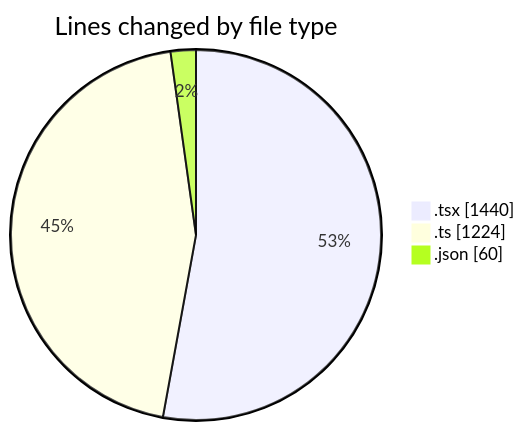
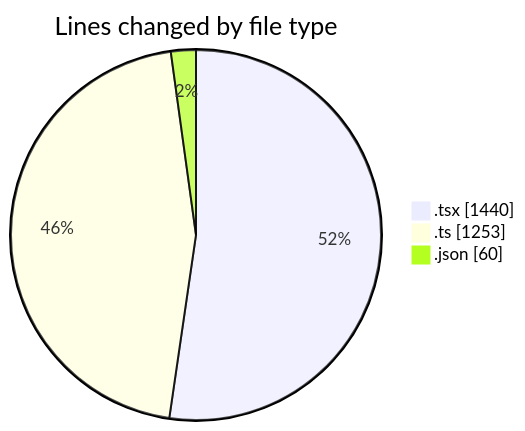
The first of 2 diagrams in 2026-04-20/airfeed-analytics-dashboard/README.md (nxtqubesakshisongat/code-tracking), drawn with Mermaid before and after one commit. The commit also changed other lines of this file and 1 other file, not shown here.

````diff
--- a/2026-04-20/airfeed-analytics-dashboard/README.md
+++ b/2026-04-20/airfeed-analytics-dashboard/README.md
@@ -31,7 +32,7 @@
 ```mermaid
 pie showData
 title Lines changed by file type
 ".tsx" : 1440
-".ts" : 1224
+".ts" : 1253
 ".json" : 60
 ```
````
